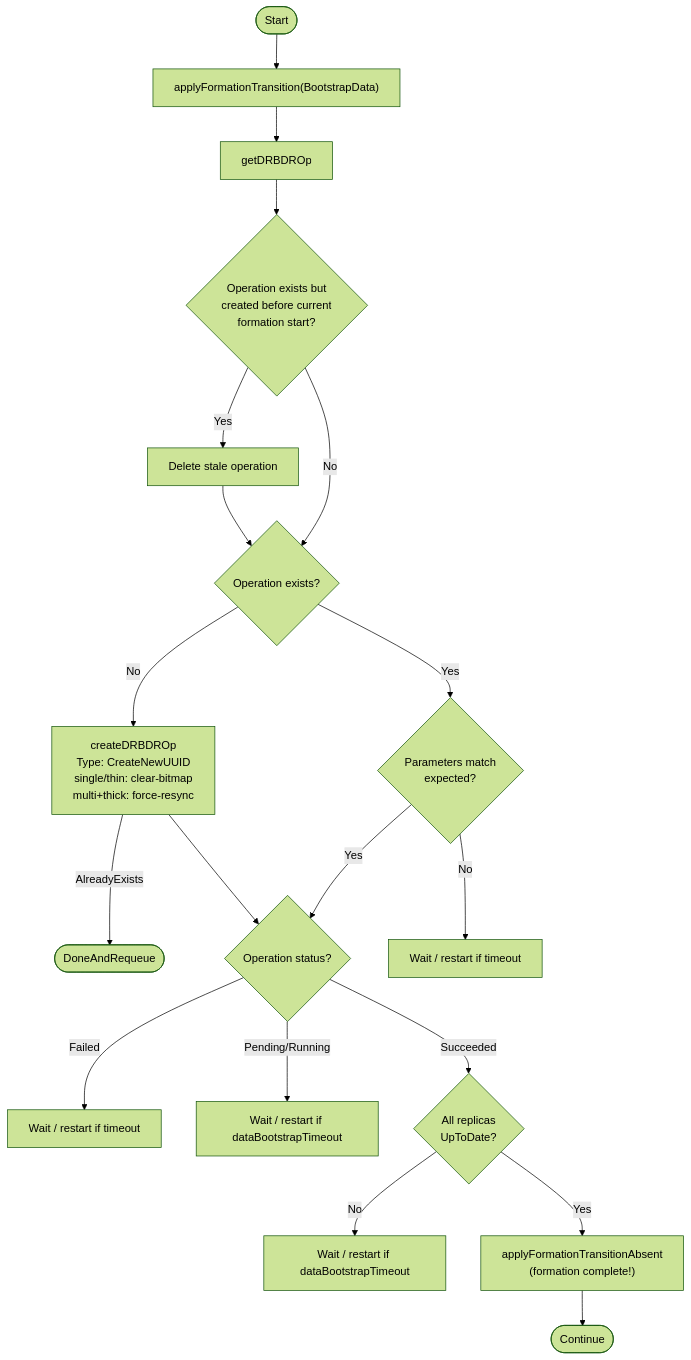
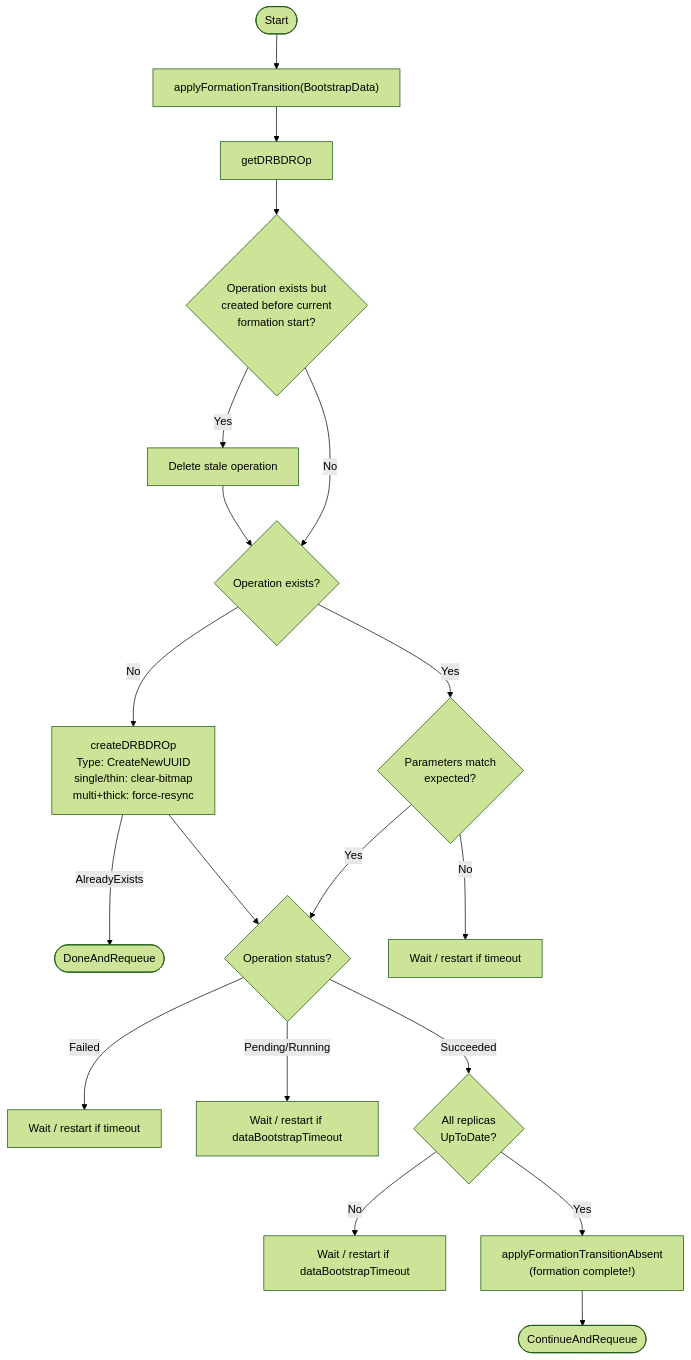
One commit to deckhouse/sds-replicated-volume changed the seventh of 13 diagrams in images/controller/internal/controllers/rv_controller/README.md. Above: the diagram before and after it, drawn with Mermaid (forest theme). The commit also changed other lines of this file and 14 other files, not shown here.

````diff
--- a/images/controller/internal/controllers/rv_controller/README.md
+++ b/images/controller/internal/controllers/rv_controller/README.md
@@ -560,26 +605,26 @@
 ```mermaid
 flowchart TD
     Start([Start]) --> ApplyTransition["applyFormationTransition(BootstrapData)"]
     ApplyTransition --> GetOp[getDRBDROp]
     GetOp --> CheckStale{"Operation exists but<br/>created before current<br/>formation start?"}
     CheckStale -->|Yes| DeleteStale[Delete stale operation]
     DeleteStale --> CheckExists
 
     CheckStale -->|No| CheckExists{Operation exists?}
     CheckExists -->|No| CreateOp["createDRBDROp<br/>Type: CreateNewUUID<br/>single/thin: clear-bitmap<br/>multi+thick: force-resync"]
     CreateOp -->|AlreadyExists| Requeue([DoneAndRequeue])
     CreateOp --> CheckStatus
 
     CheckExists -->|Yes| VerifyParams{"Parameters match<br/>expected?"}
     VerifyParams -->|No| WaitRestart1[Wait / restart if timeout]
     VerifyParams -->|Yes| CheckStatus
 
     CheckStatus{"Operation status?"}
     CheckStatus -->|Failed| WaitRestart2[Wait / restart if timeout]
     CheckStatus -->|Pending/Running| WaitTimeout[Wait / restart if dataBootstrapTimeout]
     CheckStatus -->|Succeeded| CheckUpToDate{"All replicas<br/>UpToDate?"}
 
     CheckUpToDate -->|No| WaitSync[Wait / restart if dataBootstrapTimeout]
     CheckUpToDate -->|Yes| Complete["applyFormationTransitionAbsent<br/>(formation complete!)"]
-    Complete --> End([Continue])
+    Complete --> End([ContinueAndRequeue])
 ```
````
